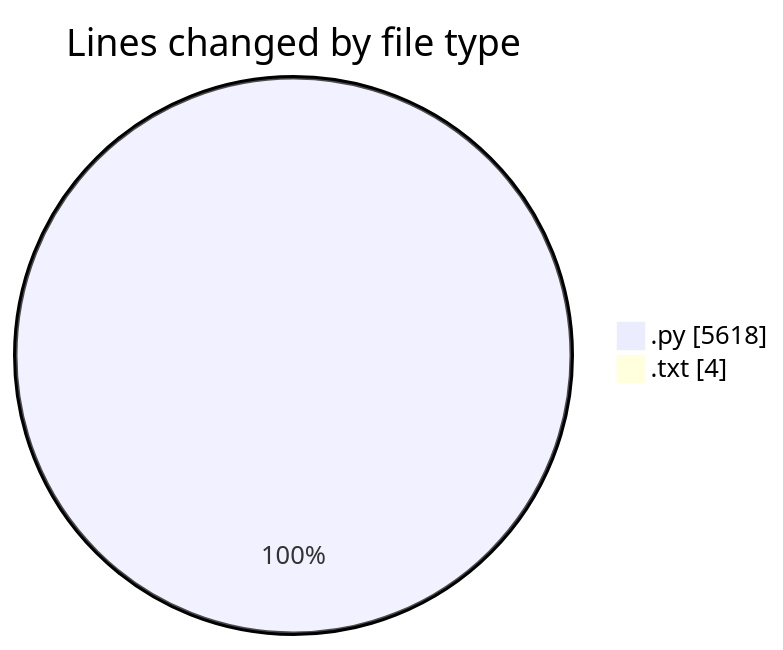
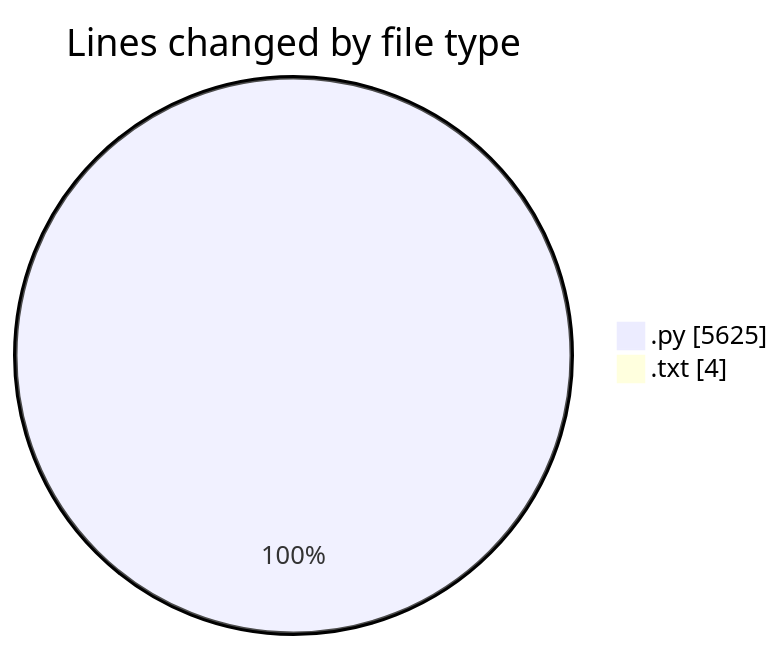
The first of 2 diagrams in 2025-06-01/video_app/README.md (CELIANVF/code-tracking), drawn with Mermaid before and after one commit. The commit also changed other lines of this file and 1 other file, not shown here.

````diff
--- a/2025-06-01/video_app/README.md
+++ b/2025-06-01/video_app/README.md
@@ -29,6 +29,6 @@
 ```mermaid
 pie showData
 title Lines changed by file type
-".py" : 5618
+".py" : 5625
 ".txt" : 4
 ```
````
